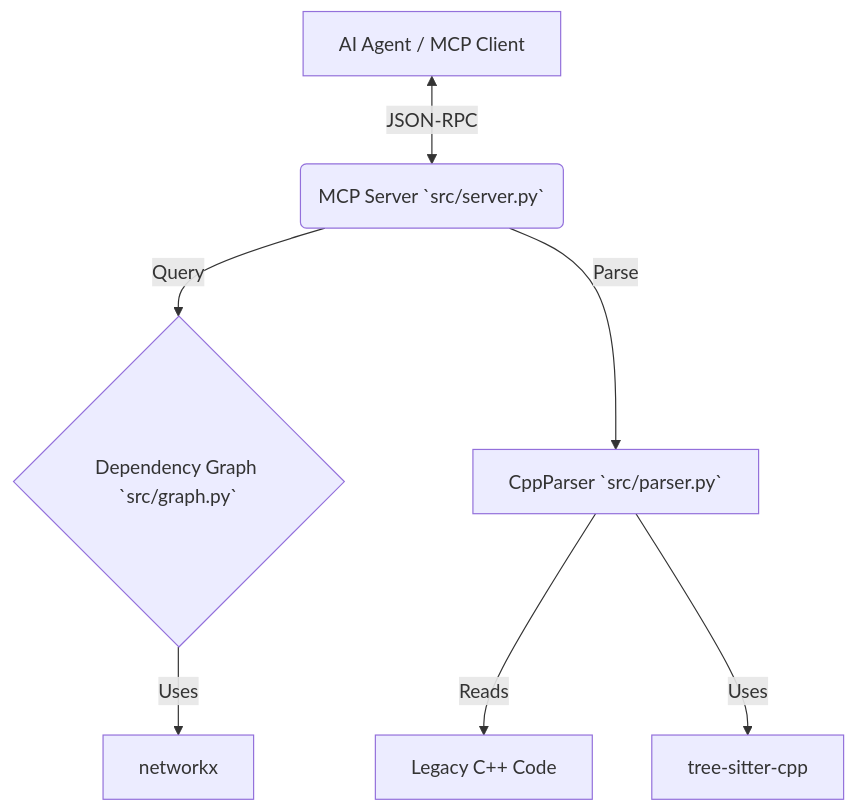
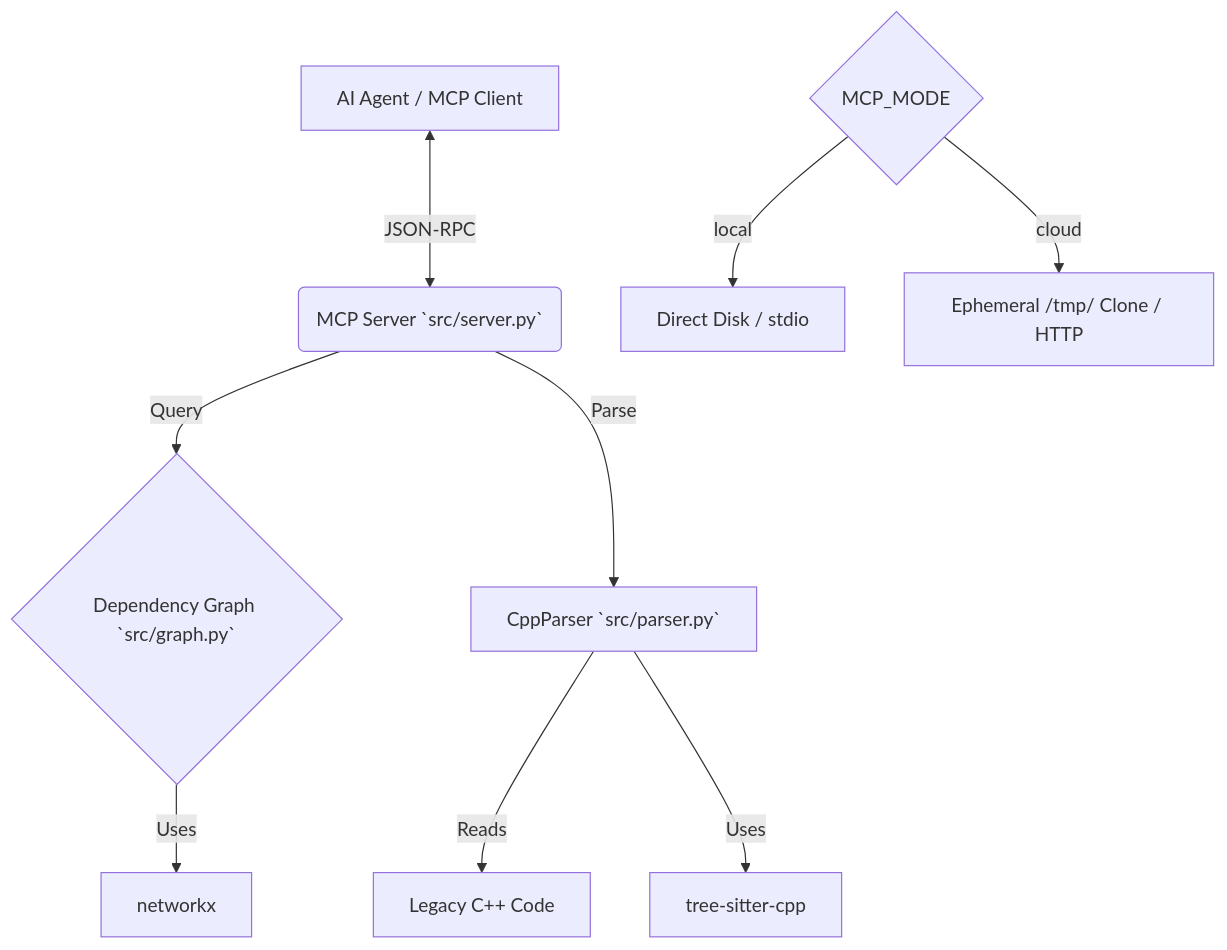
The diagram in PROJECT_MANUAL.md (RohitYadav34980/LegacyGraph-MCP), drawn with Mermaid before and after one commit. The commit also changed other lines of this file and 7 other files, not shown here.

Commit message:
feat: Introduce C++ dependency graph analysis server with API endpoints and cloud deployment support.

````diff
--- a/PROJECT_MANUAL.md
+++ b/PROJECT_MANUAL.md
@@ -46,9 +62,11 @@
 ```mermaid
 graph TD
     A[AI Agent / MCP Client] <-->|JSON-RPC| B(MCP Server `src/server.py`);
     B -->|Query| C{Dependency Graph `src/graph.py`};
     B -->|Parse| D[CppParser `src/parser.py`];
     D -->|Reads| E[Legacy C++ Code];
     D -->|Uses| F[tree-sitter-cpp];
     C -->|Uses| G[networkx];
+    H{MCP_MODE} -->|local| I[Direct Disk / stdio];
+    H -->|cloud| J[Ephemeral /tmp/ Clone / HTTP];
 ```
````
